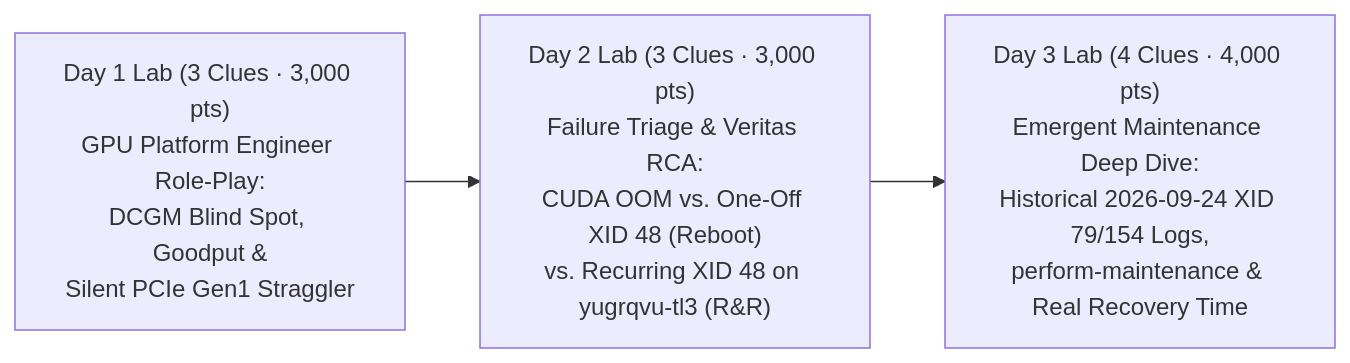
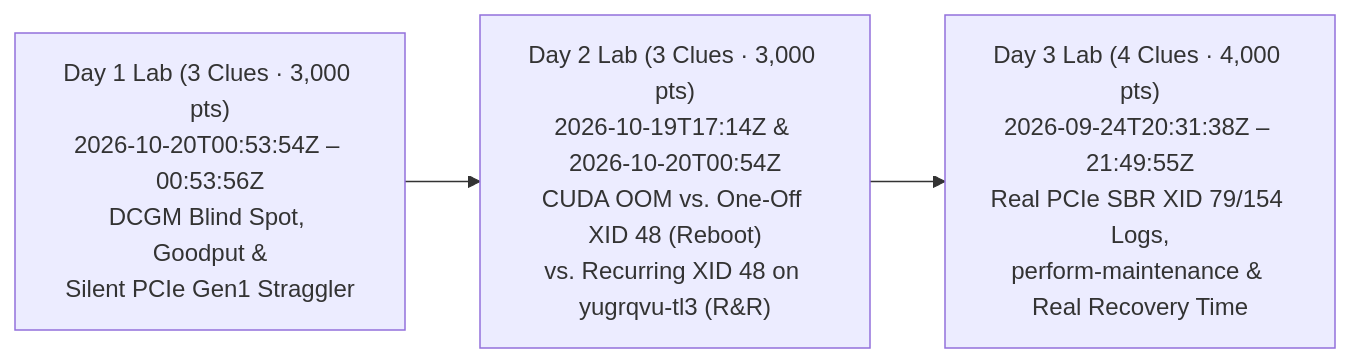
One commit to saltysoup/jetski-playground changed the diagram in reliability/CE_BREADCRUMB_LAB_GUIDE.md. Above: the diagram before and after it, drawn with Mermaid. The commit also changed other lines of this file and 2 other files, not shown here.

Commit message:
Pin all 10 lab breadcrumbs and Cloud Logging queries to exact UTC injection timestamps so zero pre-staging is required

````diff
--- a/reliability/CE_BREADCRUMB_LAB_GUIDE.md
+++ b/reliability/CE_BREADCRUMB_LAB_GUIDE.md
@@ -22,5 +23,5 @@
 ```mermaid
 flowchart LR
-    D1["Day 1 Lab (3 Clues · 3,000 pts)<br/>GPU Platform Engineer Role-Play:<br/>DCGM Blind Spot, Goodput &<br/>Silent PCIe Gen1 Straggler"] --> D2["Day 2 Lab (3 Clues · 3,000 pts)<br/>Failure Triage & Veritas RCA:<br/>CUDA OOM vs. One-Off XID 48 (Reboot)<br/>vs. Recurring XID 48 on yugrqvu-tl3 (R&R)"]
-    D2 --> D3["Day 3 Lab (4 Clues · 4,000 pts)<br/>Emergent Maintenance Deep Dive:<br/>Historical 2026-09-24 XID 79/154 Logs,<br/>perform-maintenance & Real Recovery Time"]
+    D1["Day 1 Lab (3 Clues · 3,000 pts)<br/>2026-10-20T00:53:54Z – 00:53:56Z<br/>DCGM Blind Spot, Goodput &<br/>Silent PCIe Gen1 Straggler"] --> D2["Day 2 Lab (3 Clues · 3,000 pts)<br/>2026-10-19T17:14Z & 2026-10-20T00:54Z<br/>CUDA OOM vs. One-Off XID 48 (Reboot)<br/>vs. Recurring XID 48 on yugrqvu-tl3 (R&R)"]
+    D2 --> D3["Day 3 Lab (4 Clues · 4,000 pts)<br/>2026-09-24T20:31:38Z – 21:49:55Z<br/>Real PCIe SBR XID 79/154 Logs,<br/>perform-maintenance & Real Recovery Time"]
 ```
````
